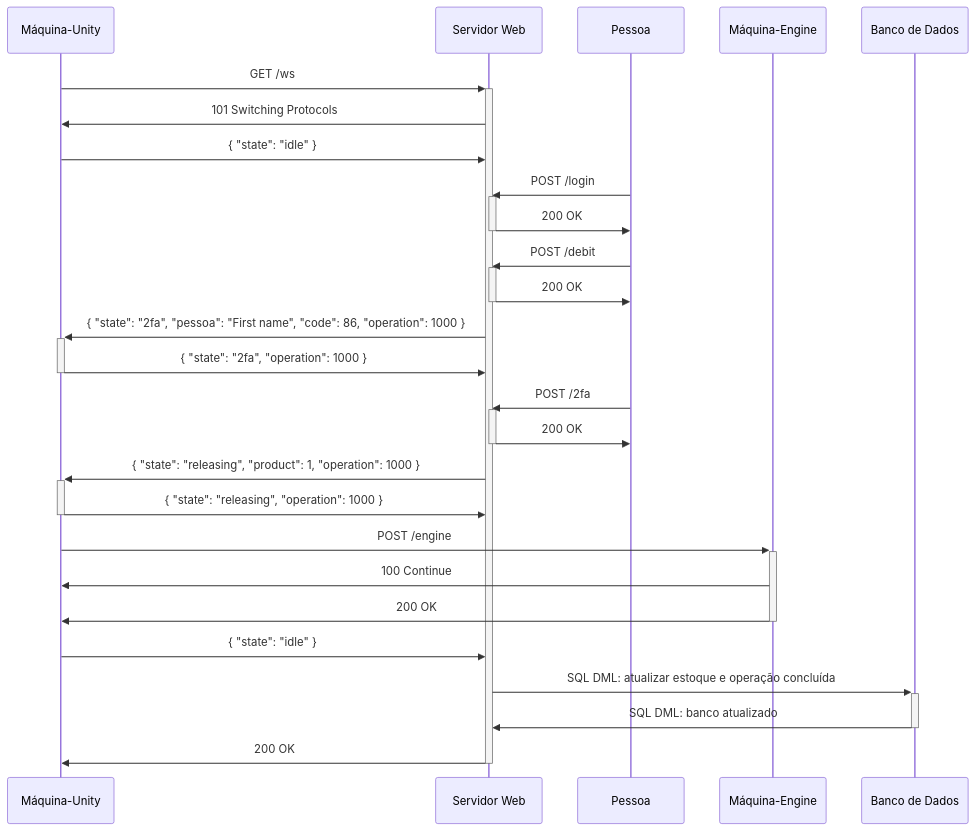
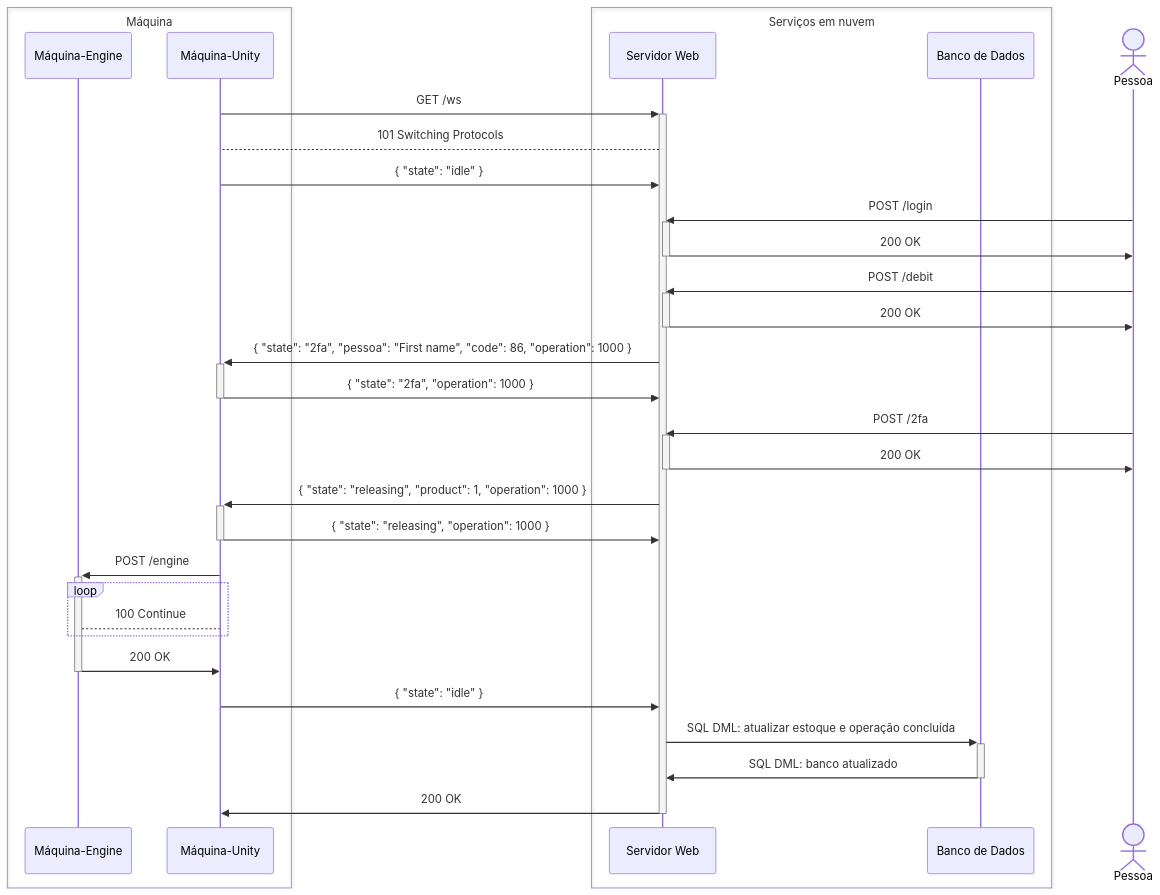
Before and after one commit to feira-de-jogos/feira-de-jogos: the eighth of 8 diagrams in v2/README.md, drawn with Mermaid.

Commit message:
Melhorar gráfico

````diff
--- a/v2/README.md
+++ b/v2/README.md
@@ -190,32 +190,44 @@
 ```mermaid
 sequenceDiagram
+  box Máquina
+    participant Máquina-Engine
+    participant Máquina-Unity
+  end
+  box Serviços em nuvem
+    participant Servidor Web
+    participant Banco de Dados
+  end
+  actor Pessoa
+
   Máquina-Unity ->>+ Servidor Web: GET /ws
-  Servidor Web ->> Máquina-Unity: 101 Switching Protocols
+  Servidor Web --> Máquina-Unity: 101 Switching Protocols
   Máquina-Unity ->> Servidor Web: { "state": "idle" }
 
   Pessoa ->>+ Servidor Web: POST /login
   Servidor Web ->>- Pessoa: 200 OK
   
   Pessoa ->>+ Servidor Web: POST /debit
   Servidor Web ->>- Pessoa: 200 OK
 
   Servidor Web  ->>+ Máquina-Unity: { "state": "2fa", "pessoa": "First name", "code": 86, "operation": 1000 }
   Máquina-Unity ->>- Servidor Web: { "state": "2fa", "operation": 1000 }
 
   Pessoa ->>+ Servidor Web: POST /2fa
   Servidor Web ->>- Pessoa: 200 OK
 
   Servidor Web ->>+ Máquina-Unity : { "state": "releasing", "product": 1, "operation": 1000 }
   Máquina-Unity ->>- Servidor Web: { "state": "releasing", "operation": 1000 }
 
   Máquina-Unity ->>+ Máquina-Engine: POST /engine
-  Máquina-Engine ->> Máquina-Unity: 100 Continue
+  loop
+    Máquina-Engine --> Máquina-Unity: 100 Continue
+  end
   Máquina-Engine ->>- Máquina-Unity: 200 OK
 
   Máquina-Unity ->> Servidor Web: { "state": "idle" }
 
   Servidor Web ->>+ Banco de Dados: SQL DML: atualizar estoque e operação concluída
   Banco de Dados ->>- Servidor Web: SQL DML: banco atualizado
 
   Servidor Web ->>- Máquina-Unity: 200 OK
 ```
````
